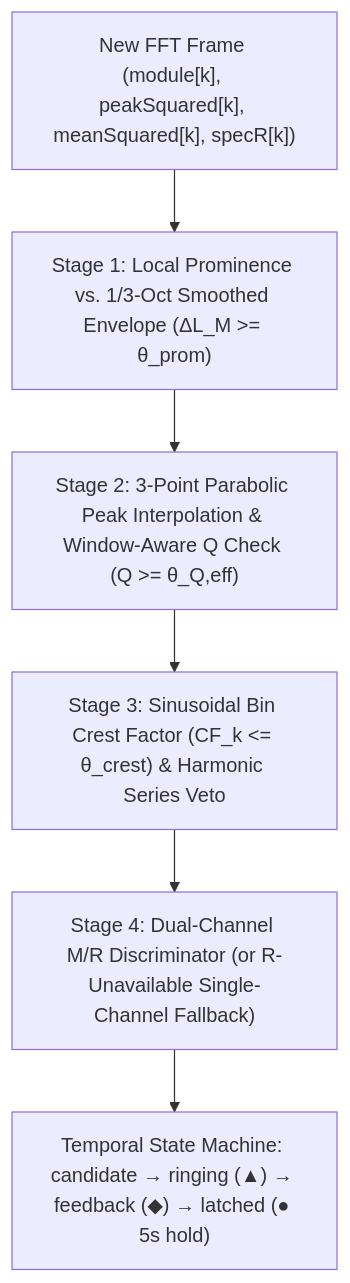
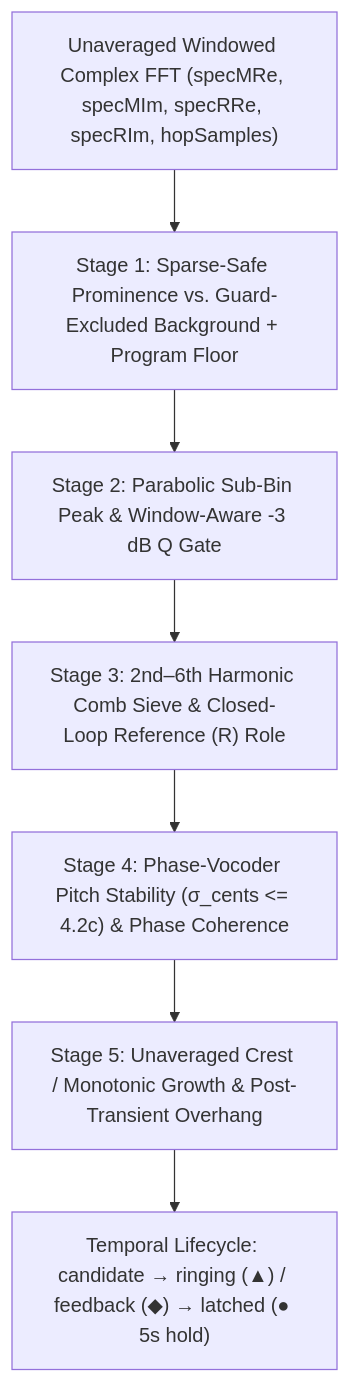
One commit to mkruisselbrink/WebSoundTools changed the diagram in apps/WebSoundMeter/docs/dev/06-feedback-detection-design.md. Above: the diagram before and after it, drawn with Mermaid. The commit also changed other lines of this file and 3 other files, not shown here.

Commit message:
docs(wsm): document phase-coherent feedback detection, dual-device Mixer Watch, and patch presets

````diff
--- a/apps/WebSoundMeter/docs/dev/06-feedback-detection-design.md
+++ b/apps/WebSoundMeter/docs/dev/06-feedback-detection-design.md
@@ -22,9 +22,10 @@
 ```mermaid
 flowchart TD
-  Frame["New FFT Frame (module[k], peakSquared[k], meanSquared[k], specR[k])"] --> Stage1
-  Stage1["Stage 1: Local Prominence vs. 1/3-Oct Smoothed Envelope (ΔL_M >= θ_prom)"] --> Stage2
-  Stage2["Stage 2: 3-Point Parabolic Peak Interpolation & Window-Aware Q Check (Q >= θ_Q,eff)"] --> Stage3
-  Stage3["Stage 3: Sinusoidal Bin Crest Factor (CF_k <= θ_crest) & Harmonic Series Veto"] --> Stage4
-  Stage4["Stage 4: Dual-Channel M/R Discriminator (or R-Unavailable Single-Channel Fallback)"] --> Tracker
-  Tracker["Temporal State Machine: candidate → ringing (▲) → feedback (◆) → latched (● 5s hold)"]
+  RawFFT["Unaveraged Windowed Complex FFT (specMRe, specMIm, specRRe, specRIm, hopSamples)"] --> Stage1
+  Stage1["Stage 1: Sparse-Safe Prominence vs. Guard-Excluded Background + Program Floor"] --> Stage2
+  Stage2["Stage 2: Parabolic Sub-Bin Peak & Window-Aware -3 dB Q Gate"] --> Stage3
+  Stage3["Stage 3: 2nd–6th Harmonic Comb Sieve & Closed-Loop Reference (R) Role"] --> Stage4
+  Stage4["Stage 4: Phase-Vocoder Pitch Stability (σ_cents <= 4.2c) & Phase Coherence"] --> Stage5
+  Stage5["Stage 5: Unaveraged Crest / Monotonic Growth & Post-Transient Overhang"] --> Latch
+  Latch["Temporal Lifecycle: candidate → ringing (▲) / feedback (◆) → latched (● 5s hold)"]
 ```
````
